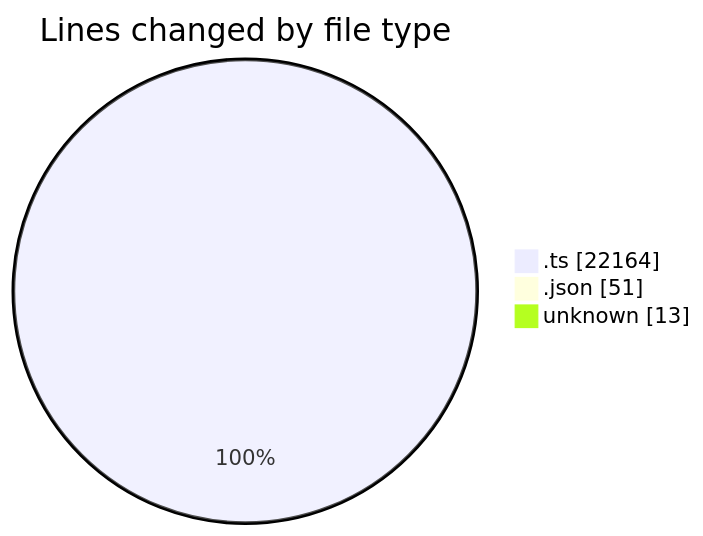
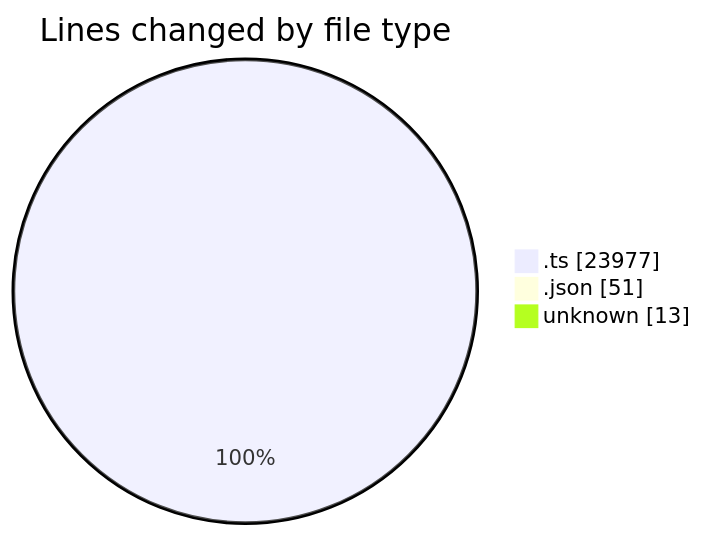
The first of 2 diagrams in 2025-09-09/cda/README.md (momahboobian/code-tracking), drawn with Mermaid before and after one commit. The commit also changed other lines of this file and 1 other file, not shown here.

````diff
--- a/2025-09-09/cda/README.md
+++ b/2025-09-09/cda/README.md
@@ -70,7 +87,7 @@
 ```mermaid
 pie showData
 title Lines changed by file type
-".ts" : 22164
+".ts" : 23977
 ".json" : 51
 "unknown" : 13
 ```
````
